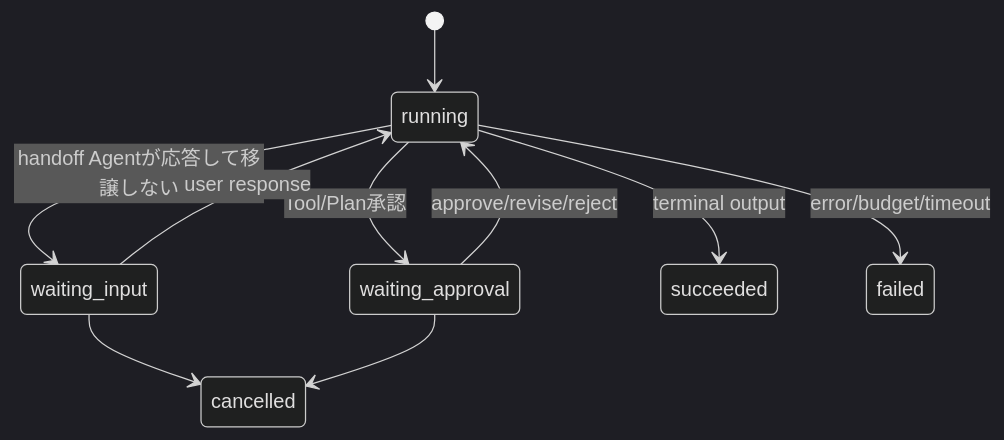
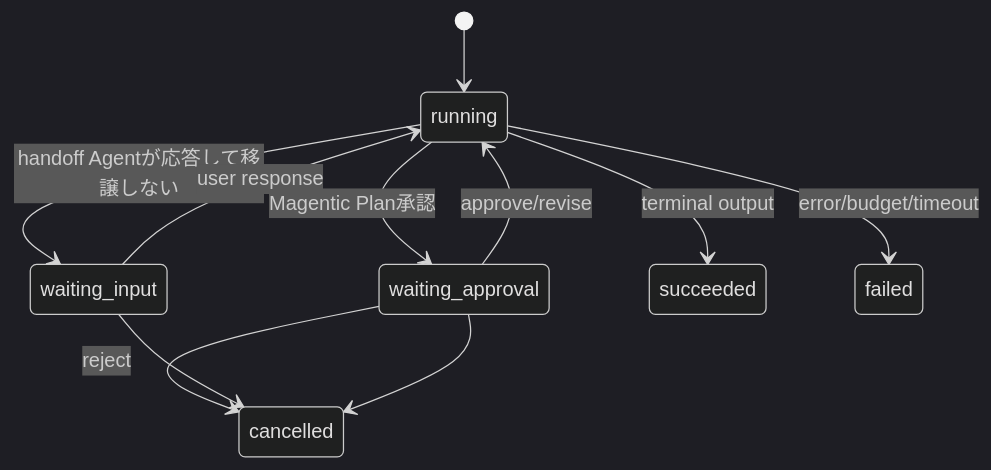
The eighth of 8 diagrams in docs/14-agent-harness-builder.md (yy7613/agentblume), drawn with Mermaid (dark theme) before and after one commit. The commit also changed other lines of this file and 16 other files, not shown here.

````diff
--- a/docs/14-agent-harness-builder.md
+++ b/docs/14-agent-harness-builder.md
@@ -284,12 +285,13 @@
 ```mermaid
 stateDiagram-v2
   [*] --> running
   running --> waiting_input: handoff Agentが応答して移譲しない
-  running --> waiting_approval: Tool/Plan承認
+  running --> waiting_approval: Magentic Plan承認
   waiting_input --> running: user response
-  waiting_approval --> running: approve/revise/reject
+  waiting_approval --> running: approve/revise
+  waiting_approval --> cancelled: reject
   running --> succeeded: terminal output
   running --> failed: error/budget/timeout
   waiting_input --> cancelled
   waiting_approval --> cancelled
 ```
````
